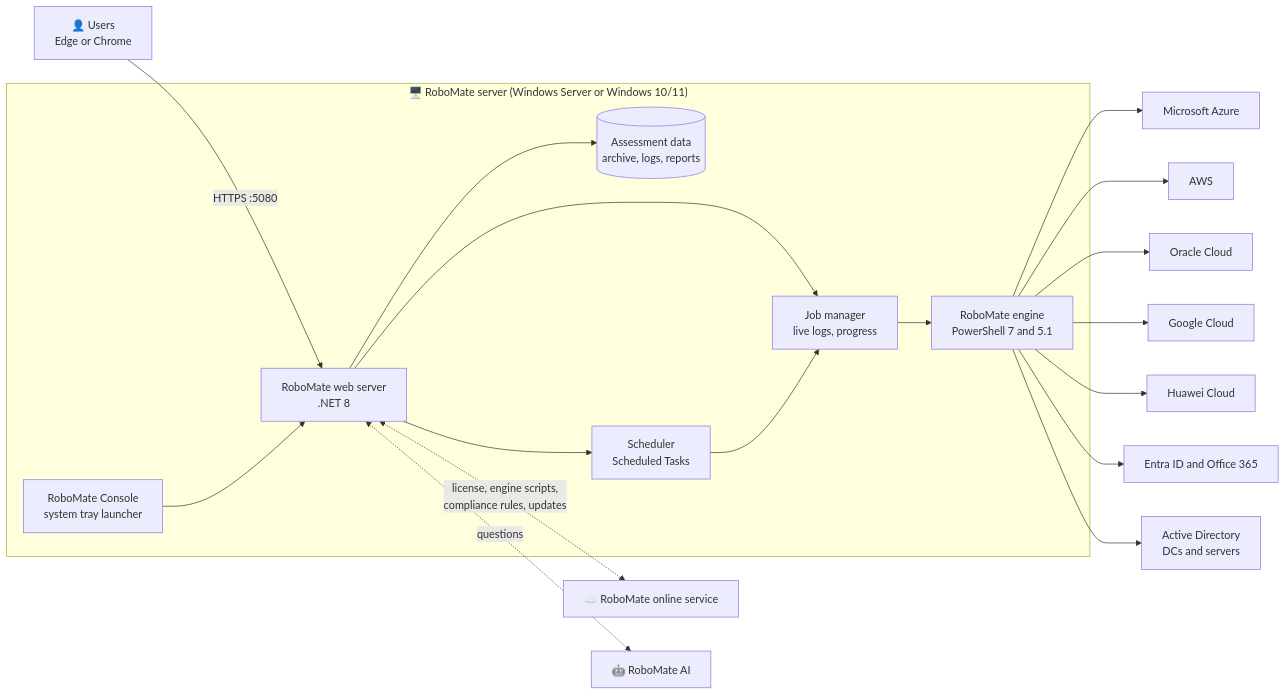
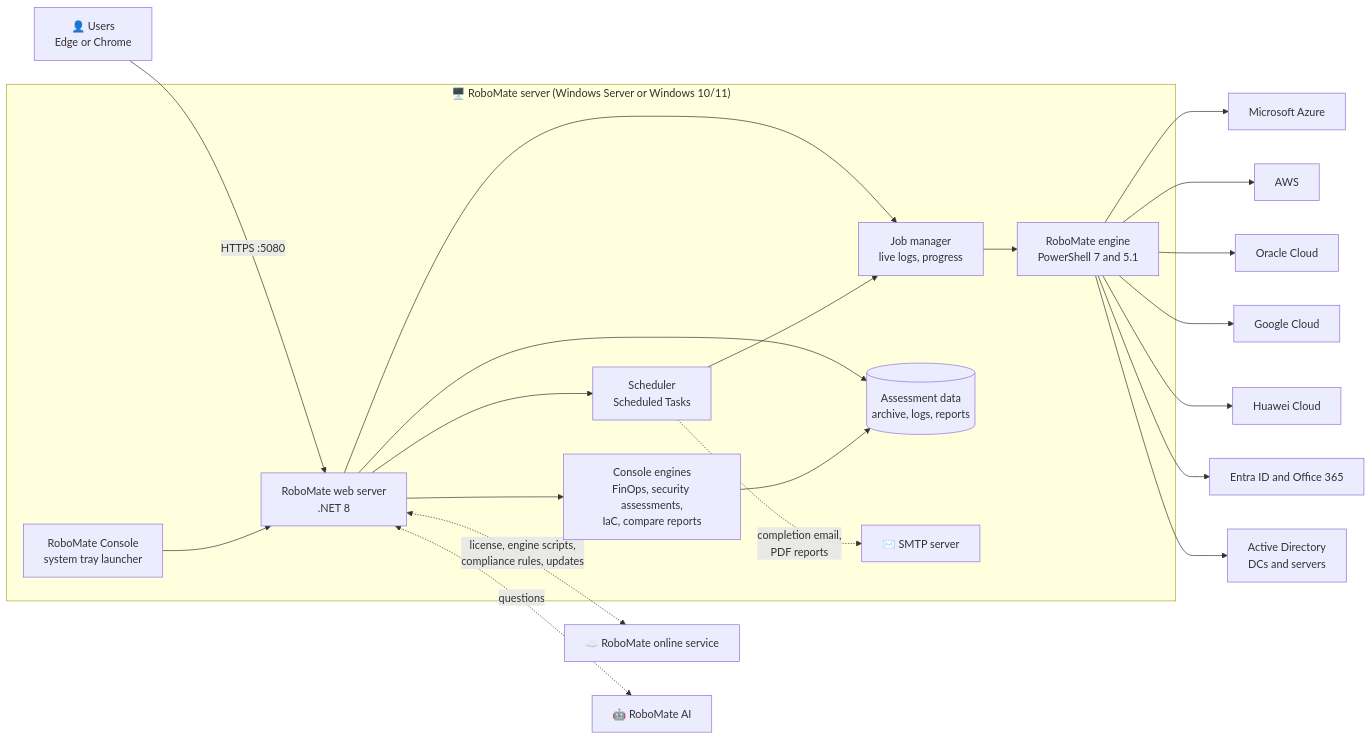
One commit to MarcoFekry/RoboMate-CloudAutomation changed the third of 13 diagrams in README.md. Above: the diagram before and after it, drawn with Mermaid. The commit also changed other lines of this file, not shown here.

````diff
--- a/README.md
+++ b/README.md
@@ -274,24 +230,27 @@
 ```mermaid
 flowchart LR
     U["👤 Users<br/>Edge or Chrome"] -- "HTTPS :5080" --> W
 
     subgraph S["🖥️ RoboMate server (Windows Server or Windows 10/11)"]
         L["RoboMate Console<br/>system tray launcher"] --> W["RoboMate web server<br/>.NET 8"]
         W --> J["Job manager<br/>live logs, progress"]
         J --> E["RoboMate engine<br/>PowerShell 7 and 5.1"]
         W --> D[("Assessment data<br/>archive, logs, reports")]
         W --> SCH["Scheduler<br/>Scheduled Tasks"]
         SCH --> J
+        SCH -. "completion email,<br/>PDF reports" .-> SMTP["✉️ SMTP server"]
+        W --> FIN["Console engines<br/>FinOps, security assessments,<br/>IaC, compare reports"]
+        FIN --> D
     end
 
     E --> AZ["Microsoft Azure"]
     E --> AWS["AWS"]
     E --> OCI["Oracle Cloud"]
     E --> GCP["Google Cloud"]
     E --> HW["Huawei Cloud"]
     E --> M365["Entra ID and Office 365"]
     E --> AD["Active Directory<br/>DCs and servers"]
 
     W <-. "license, engine scripts,<br/>compliance rules, updates" .-> OS["☁️ RoboMate online service"]
     W <-. "questions" .-> AI["🤖 RoboMate AI"]
 ```
````
